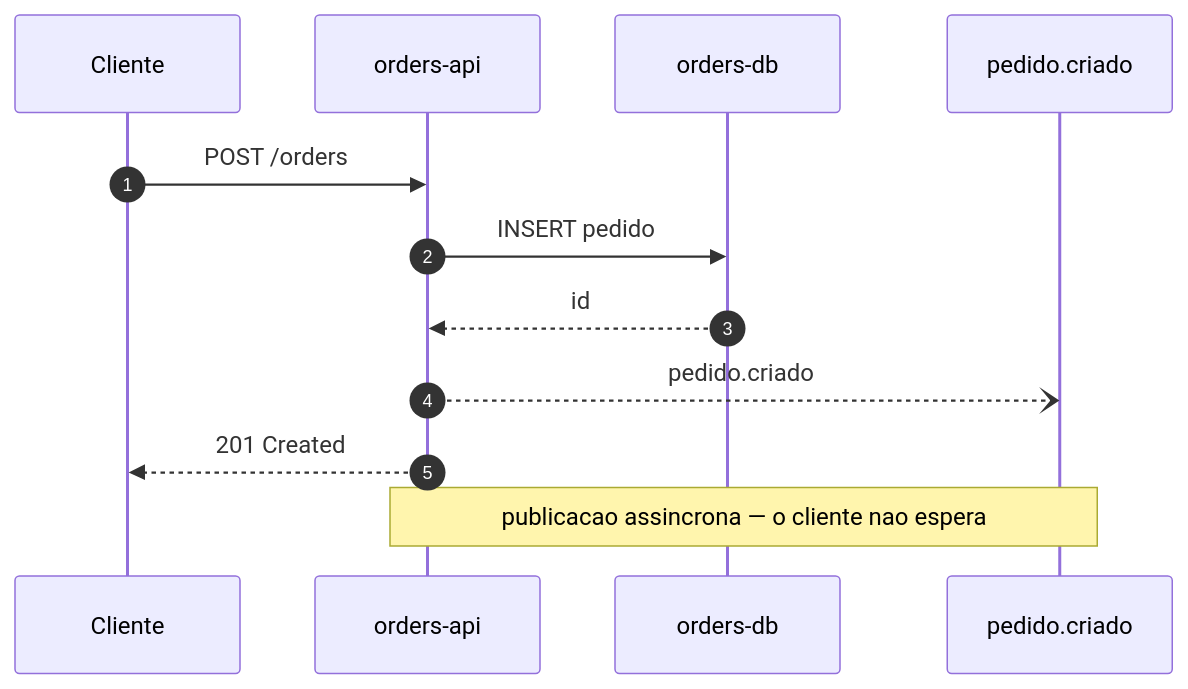
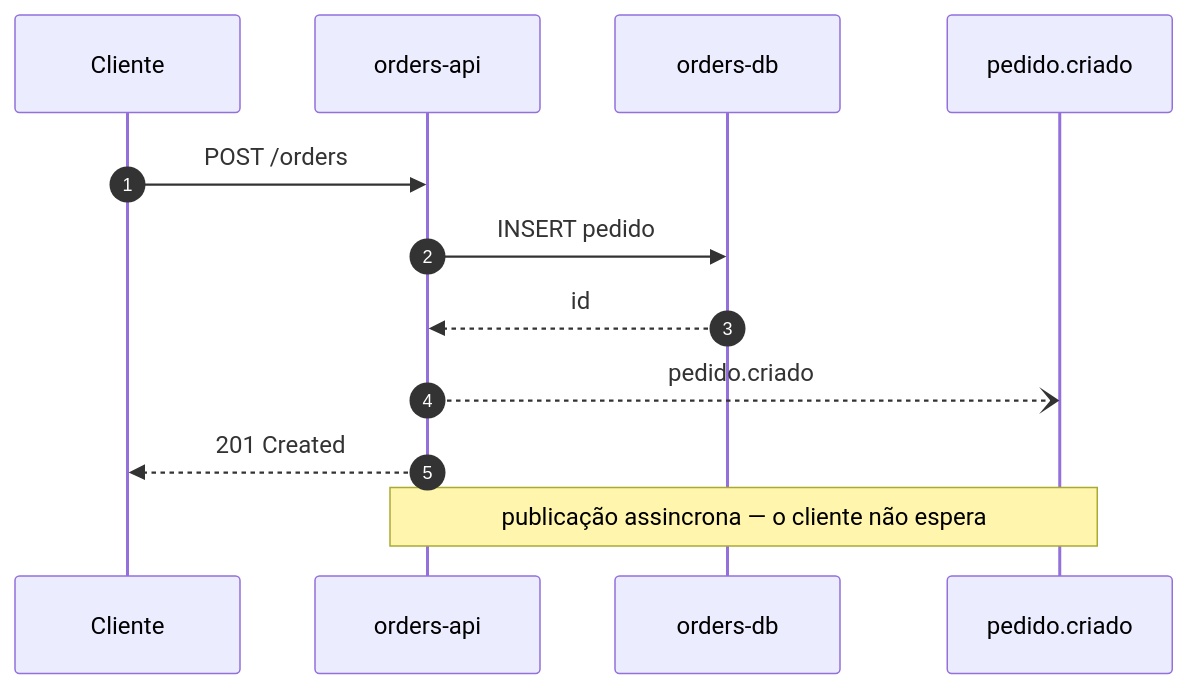
Before and after one commit to fabiobackside-code/bks-sdd-kit: the second of 4 diagrams in skills/bks-arch/references/emit-mermaid.md, drawn with Mermaid. The commit also changed other lines of this file and 79 other files, not shown here.

````diff
--- a/skills/bks-arch/references/emit-mermaid.md
+++ b/skills/bks-arch/references/emit-mermaid.md
@@ -47,16 +47,16 @@
 ```mermaid
 sequenceDiagram
     autonumber
     participant C as Cliente
     participant A as orders-api
     participant D as orders-db
     participant F as pedido.criado
 
     C->>A: POST /orders
     A->>D: INSERT pedido
     D-->>A: id
     A--)F: pedido.criado
     A-->>C: 201 Created
 
-    Note over A,F: publicacao assincrona — o cliente nao espera
+    Note over A,F: publicação assincrona — o cliente não espera
 ```
````
